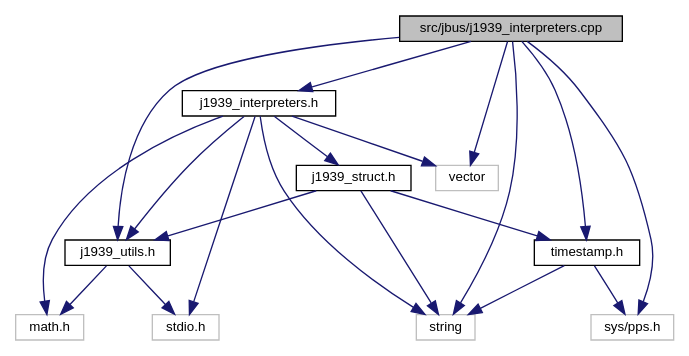
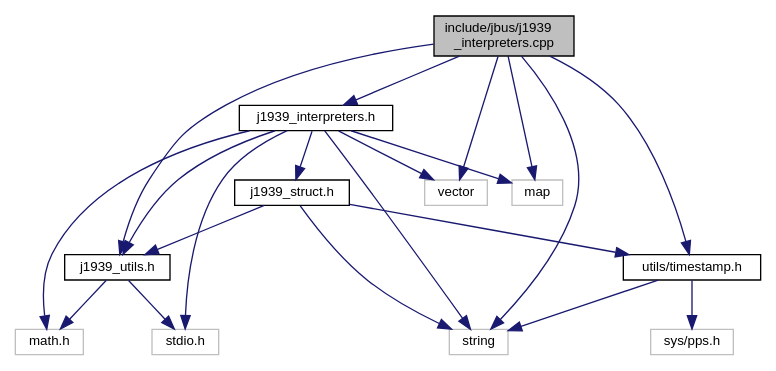
Before and after one commit to AboudyKreidieh/truck-code: the diagram in docs/j1939__interpreters_8cpp__incl.dot, drawn with Graphviz. The commit also changed 582 other files, not shown here.

```diff
--- a/docs/j1939__interpreters_8cpp__incl.dot
+++ b/docs/j1939__interpreters_8cpp__incl.dot
@@ -1,34 +1,36 @@
-digraph "src/jbus/j1939_interpreters.cpp"
+digraph "include/jbus/j1939_interpreters.cpp"
 {
   edge [fontname="Helvetica",fontsize="10",labelfontname="Helvetica",labelfontsize="10"];
   node [fontname="Helvetica",fontsize="10",shape=record];
-  Node0 [label="src/jbus/j1939_interpreters.cpp",height=0.2,width=0.4,color="black", fillcolor="grey75", style="filled", fontcolor="black"];
+  Node0 [label="include/jbus/j1939\l_interpreters.cpp",height=0.2,width=0.4,color="black", fillcolor="grey75", style="filled", fontcolor="black"];
   Node0 -> Node1 [color="midnightblue",fontsize="10",style="solid",fontname="Helvetica"];
   Node1 [label="j1939_interpreters.h",height=0.2,width=0.4,color="black", fillcolor="white", style="filled",URL="$j1939__interpreters_8h.html"];
   Node1 -> Node2 [color="midnightblue",fontsize="10",style="solid",fontname="Helvetica"];
   Node2 [label="stdio.h",height=0.2,width=0.4,color="grey75", fillcolor="white", style="filled"];
   Node1 -> Node3 [color="midnightblue",fontsize="10",style="solid",fontname="Helvetica"];
   Node3 [label="math.h",height=0.2,width=0.4,color="grey75", fillcolor="white", style="filled"];
   Node1 -> Node4 [color="midnightblue",fontsize="10",style="solid",fontname="Helvetica"];
   Node4 [label="vector",height=0.2,width=0.4,color="grey75", fillcolor="white", style="filled"];
   Node1 -> Node5 [color="midnightblue",fontsize="10",style="solid",fontname="Helvetica"];
-  Node5 [label="string",height=0.2,width=0.4,color="grey75", fillcolor="white", style="filled"];
+  Node5 [label="map",height=0.2,width=0.4,color="grey75", fillcolor="white", style="filled"];
   Node1 -> Node6 [color="midnightblue",fontsize="10",style="solid",fontname="Helvetica"];
-  Node6 [label="j1939_struct.h",height=0.2,width=0.4,color="black", fillcolor="white", style="filled",URL="$j1939__struct_8h.html"];
-  Node6 -> Node5 [color="midnightblue",fontsize="10",style="solid",fontname="Helvetica"];
-  Node6 -> Node7 [color="midnightblue",fontsize="10",style="solid",fontname="Helvetica"];
-  Node7 [label="j1939_utils.h",height=0.2,width=0.4,color="black", fillcolor="white", style="filled",URL="$j1939__utils_8h.html"];
-  Node7 -> Node3 [color="midnightblue",fontsize="10",style="solid",fontname="Helvetica"];
-  Node7 -> Node2 [color="midnightblue",fontsize="10",style="solid",fontname="Helvetica"];
-  Node6 -> Node8 [color="midnightblue",fontsize="10",style="solid",fontname="Helvetica"];
-  Node8 [label="timestamp.h",height=0.2,width=0.4,color="black", fillcolor="white", style="filled",URL="$timestamp_8h.html"];
-  Node8 -> Node5 [color="midnightblue",fontsize="10",style="solid",fontname="Helvetica"];
-  Node8 -> Node9 [color="midnightblue",fontsize="10",style="solid",fontname="Helvetica"];
-  Node9 [label="sys/pps.h",height=0.2,width=0.4,color="grey75", fillcolor="white", style="filled"];
+  Node6 [label="string",height=0.2,width=0.4,color="grey75", fillcolor="white", style="filled"];
   Node1 -> Node7 [color="midnightblue",fontsize="10",style="solid",fontname="Helvetica"];
-  Node0 -> Node7 [color="midnightblue",fontsize="10",style="solid",fontname="Helvetica"];
+  Node7 [label="j1939_struct.h",height=0.2,width=0.4,color="black", fillcolor="white", style="filled",URL="$j1939__struct_8h.html"];
+  Node7 -> Node6 [color="midnightblue",fontsize="10",style="solid",fontname="Helvetica"];
+  Node7 -> Node8 [color="midnightblue",fontsize="10",style="solid",fontname="Helvetica"];
+  Node8 [label="j1939_utils.h",height=0.2,width=0.4,color="black", fillcolor="white", style="filled",URL="$j1939__utils_8h.html"];
+  Node8 -> Node3 [color="midnightblue",fontsize="10",style="solid",fontname="Helvetica"];
+  Node8 -> Node2 [color="midnightblue",fontsize="10",style="solid",fontname="Helvetica"];
+  Node7 -> Node9 [color="midnightblue",fontsize="10",style="solid",fontname="Helvetica"];
+  Node9 [label="utils/timestamp.h",height=0.2,width=0.4,color="black", fillcolor="white", style="filled",URL="$timestamp_8h.html"];
+  Node9 -> Node6 [color="midnightblue",fontsize="10",style="solid",fontname="Helvetica"];
+  Node9 -> Node10 [color="midnightblue",fontsize="10",style="solid",fontname="Helvetica"];
+  Node10 [label="sys/pps.h",height=0.2,width=0.4,color="grey75", fillcolor="white", style="filled"];
+  Node1 -> Node8 [color="midnightblue",fontsize="10",style="solid",fontname="Helvetica"];
   Node0 -> Node8 [color="midnightblue",fontsize="10",style="solid",fontname="Helvetica"];
+  Node0 -> Node9 [color="midnightblue",fontsize="10",style="solid",fontname="Helvetica"];
   Node0 -> Node4 [color="midnightblue",fontsize="10",style="solid",fontname="Helvetica"];
+  Node0 -> Node6 [color="midnightblue",fontsize="10",style="solid",fontname="Helvetica"];
   Node0 -> Node5 [color="midnightblue",fontsize="10",style="solid",fontname="Helvetica"];
-  Node0 -> Node9 [color="midnightblue",fontsize="10",style="solid",fontname="Helvetica"];
 }
```
